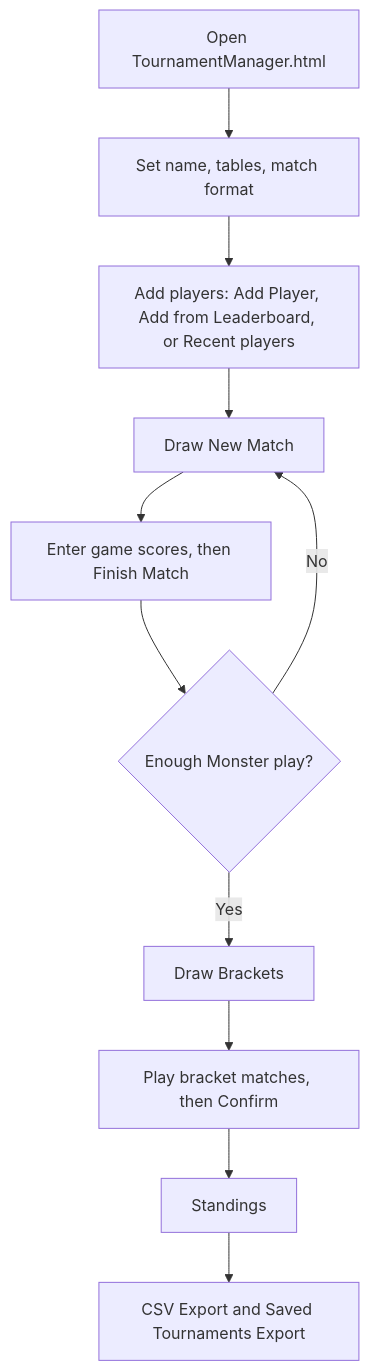
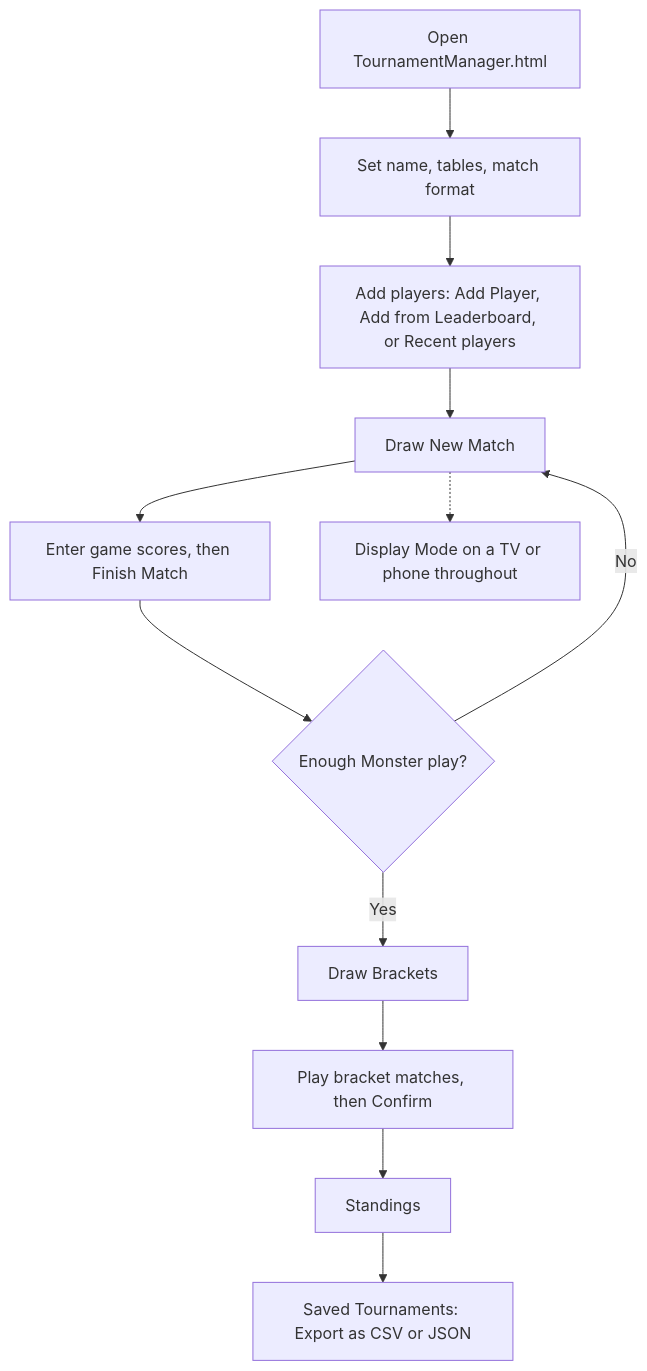
Before and after one commit to DT209/foos-tourney: the second of 6 diagrams in README.md, drawn with Mermaid. The commit also changed other lines of this file and 12 other files, not shown here.

````diff
--- a/README.md
+++ b/README.md
@@ -42,13 +46,14 @@
 ```mermaid
 flowchart TD
     A["Open TournamentManager.html"] --> B["Set name, tables, match format"]
     B --> C["Add players: Add Player, Add from Leaderboard, or Recent players"]
     C --> D["Draw New Match"]
     D --> E["Enter game scores, then Finish Match"]
     E --> F{"Enough Monster play?"}
     F -- No --> D
     F -- Yes --> G["Draw Brackets"]
     G --> H["Play bracket matches, then Confirm"]
     H --> I["Standings"]
-    I --> J["CSV Export and Saved Tournaments Export"]
+    I --> J["Saved Tournaments: Export as CSV or JSON"]
+    D -.-> TV["Display Mode on a TV or phone throughout"]
 ```
````
